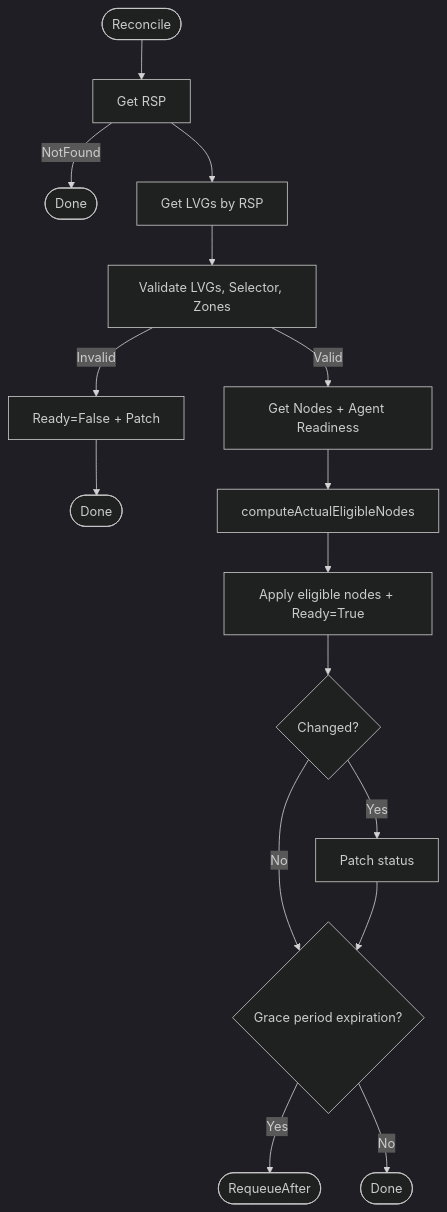
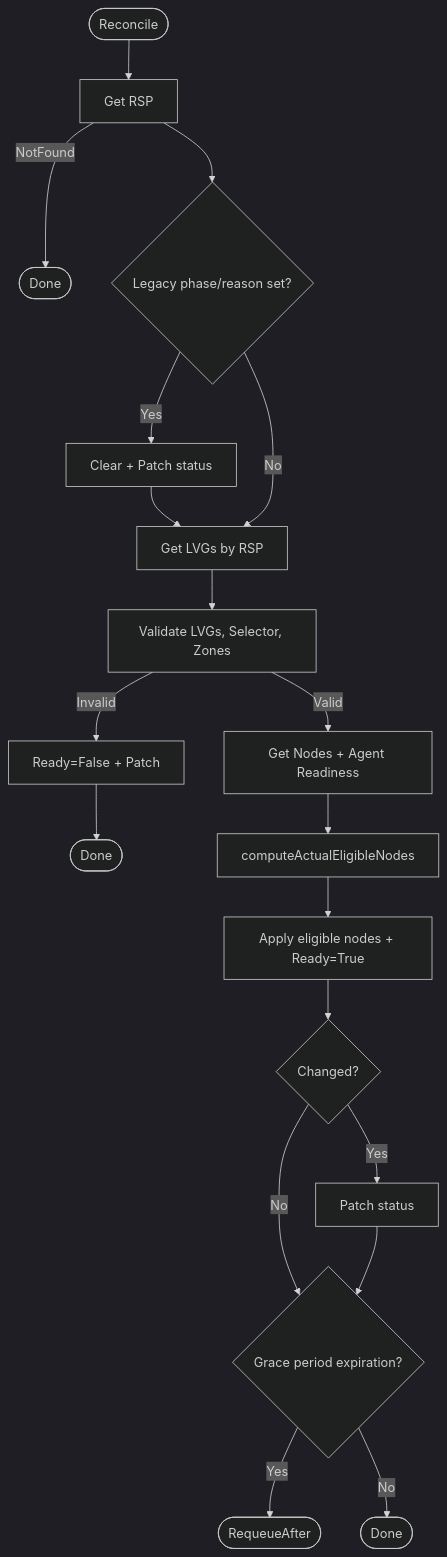
Before and after one commit to deckhouse/sds-replicated-volume: the first of 6 diagrams in images/controller/internal/controllers/rsp_controller/README.md, drawn with Mermaid (dark theme). The commit also changed other lines of this file and 2 other files, not shown here.

Commit message:
[rsp-controller] Clear legacy phase/reason fields from old controller
The old sds-replicated-volume-controller wrote status.phase and
status.reason on RSP objects. The new rsp-controller never cleared
them, leaving stale values on migrated clusters.

Add applyLegacyFieldsCleared helper that clears these fields as a
one-time migration step at the start of each reconcile. If fields
were set, patch immediately and continue with a fresh base.

````diff
--- a/images/controller/internal/controllers/rsp_controller/README.md
+++ b/images/controller/internal/controllers/rsp_controller/README.md
@@ -70,22 +71,25 @@
 ```mermaid
 flowchart TD
     Start([Reconcile]) --> GetRSP[Get RSP]
     GetRSP -->|NotFound| Done1([Done])
-    GetRSP --> GetLVGs[Get LVGs by RSP]
+    GetRSP --> ClearLegacy{Legacy phase/reason set?}
+    ClearLegacy -->|Yes| PatchLegacy[Clear + Patch status]
+    PatchLegacy --> GetLVGs
+    ClearLegacy -->|No| GetLVGs[Get LVGs by RSP]
 
     GetLVGs --> Validate[Validate LVGs, Selector, Zones]
     Validate -->|Invalid| SetFalse[Ready=False + Patch]
     SetFalse --> Done2([Done])
 
     Validate -->|Valid| GetInputs[Get Nodes + Agent Readiness]
     GetInputs --> Compute[computeActualEligibleNodes]
     Compute --> Apply[Apply eligible nodes + Ready=True]
 
     Apply --> PatchDecision{Changed?}
     PatchDecision -->|Yes| Patch[Patch status]
     PatchDecision -->|No| GraceCheck
     Patch --> GraceCheck{Grace period expiration?}
 
     GraceCheck -->|Yes| Requeue([RequeueAfter])
     GraceCheck -->|No| Done3([Done])
 ```
````
